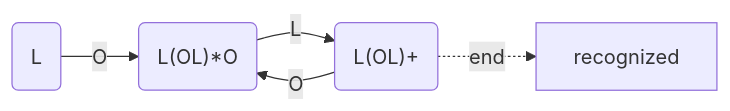
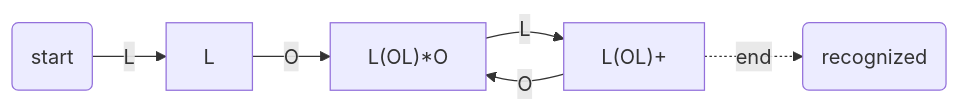
Before and after one commit to raganwald/raganwald.github.com: the third of 3 diagrams in _posts/2019-02-14-i-love-programming-and-programmers.md, drawn with Mermaid. The commit also changed other lines of this file, not shown here.

```diff
--- a/_posts/2019-02-14-i-love-programming-and-programmers.md
+++ b/_posts/2019-02-14-i-love-programming-and-programmers.md
@@ -1168,7 +1168,8 @@
 <div class="mermaid">
   graph LR
-    start(L)-->|O|LO("L(OL)*O")
-    LO-->|L|LOL("L(OL)+")
+    start(start)-->|L|L1[L]
+    L1-->|O|LO["L(OL)*O"]
+    LO-->|L|LOL["L(OL)+"]
     LOL-->|O|LO
-    LOL-.->|end|recognized
+    LOL-.->|end|recognized(recognized)
 </div>
```
